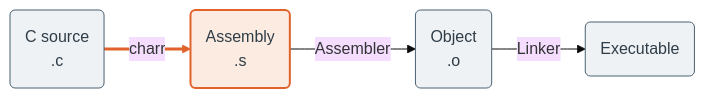
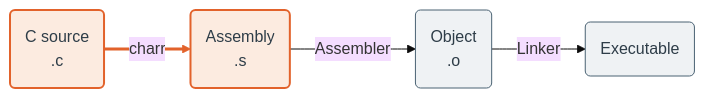
Before and after one commit to joshuanunn/charr: the first of 2 diagrams in README.md, drawn with Mermaid (base theme). The commit also changed other lines of this file, not shown here.

Commit message:
Refine figures

````diff
--- a/README.md
+++ b/README.md
@@ -138,17 +138,17 @@
 ```mermaid
 flowchart LR
     src("C source<br/>.c")
     asm("Assembly<br/>.s")
     obj("Object<br/>.o")
     exe("Executable")
 
     src -->|charr| asm
     asm -->|Assembler| obj
     obj -->|Linker| exe
 
     classDef stage fill:#EFF2F4,stroke:#4A6273,stroke-width:1px,color:#2E3D48;
     classDef out fill:#FCEBE0,stroke:#E2622B,stroke-width:2px,color:#2E3D48;
-    class src,obj,exe stage;
-    class asm out;
+    class obj,exe stage;
+    class src,asm out;
     linkStyle 0 stroke:#E2622B,stroke-width:3px;
 ```
````
